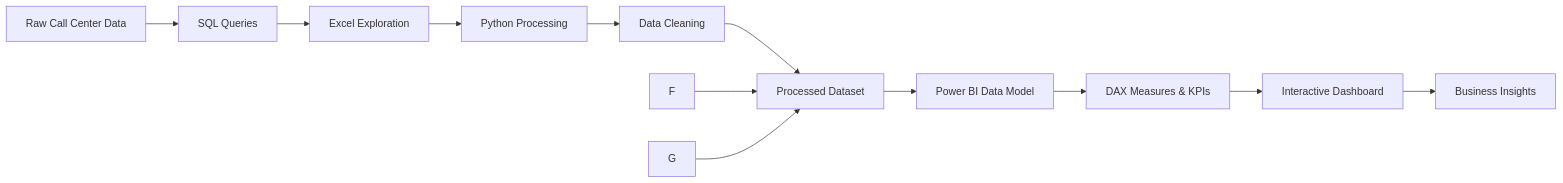
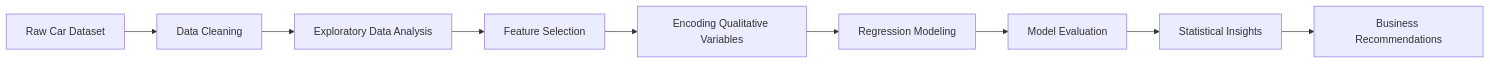
Before and after one commit to manarkotb2025-debug/call-center-dashboard: the first of 2 diagrams in README.md, drawn with Mermaid. The commit also changed other lines of this file, not shown here.

````diff
--- a/README.md
+++ b/README.md
@@ -63,14 +64,11 @@
 ```mermaid
 flowchart LR
-    A[Raw Call Center Data] --> B[SQL Queries]
-    B --> C[Excel Exploration]
-    C --> D[Python Processing]
-    D --> E[Data Cleaning]
-    E --> H[Processed Dataset]
-    F --> H
-    G --> H
-    H --> I[Power BI Data Model]
-    I --> J[DAX Measures & KPIs]
-    J --> K[Interactive Dashboard]
-    K --> L[Business Insights]
+    A[Raw Car Dataset] --> B[Data Cleaning]
+    B --> C[Exploratory Data Analysis]
+    C --> D[Feature Selection]
+    D --> E[Encoding Qualitative Variables]
+    E --> F[Regression Modeling]
+    F --> G[Model Evaluation]
+    G --> H[Statistical Insights]
+    H --> I[Business Recommendations]
 ```
````
